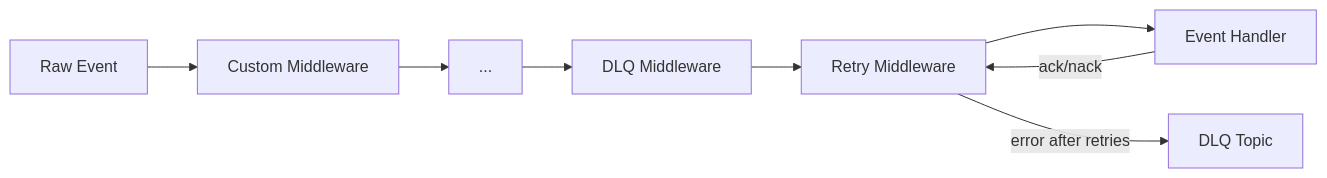
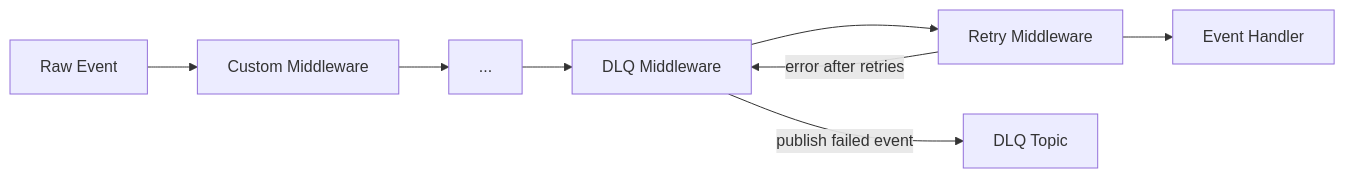
Before and after one commit to Connectum-Framework/docs: the first of 2 diagrams in en/guide/events/middleware.md, drawn with Mermaid. The commit also changed other lines of this file and 93 other files, not shown here.

````diff
--- a/en/guide/events/middleware.md
+++ b/en/guide/events/middleware.md
@@ -18,10 +18,10 @@
 ```mermaid
 graph LR
     E["Raw Event"] --> C1["Custom Middleware"]
     C1 --> C2["..."]
     C2 --> D["DLQ Middleware"]
     D --> R["Retry Middleware"]
     R --> H["Event Handler"]
-    H -->|ack/nack| R
-    R -->|error after retries| DLQ["DLQ Topic"]
+    R -->|error after retries| D
+    D -->|publish failed event| DLQ["DLQ Topic"]
 ```
````
